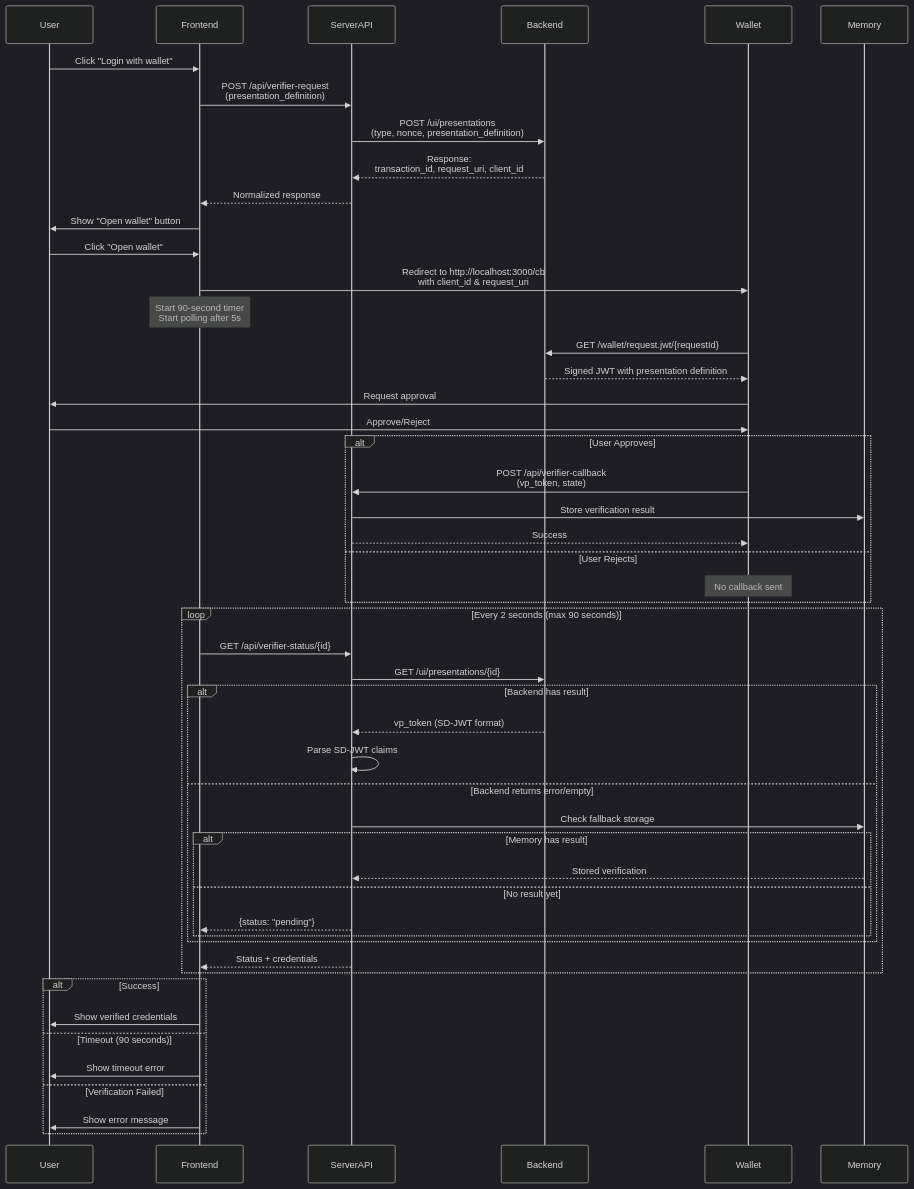
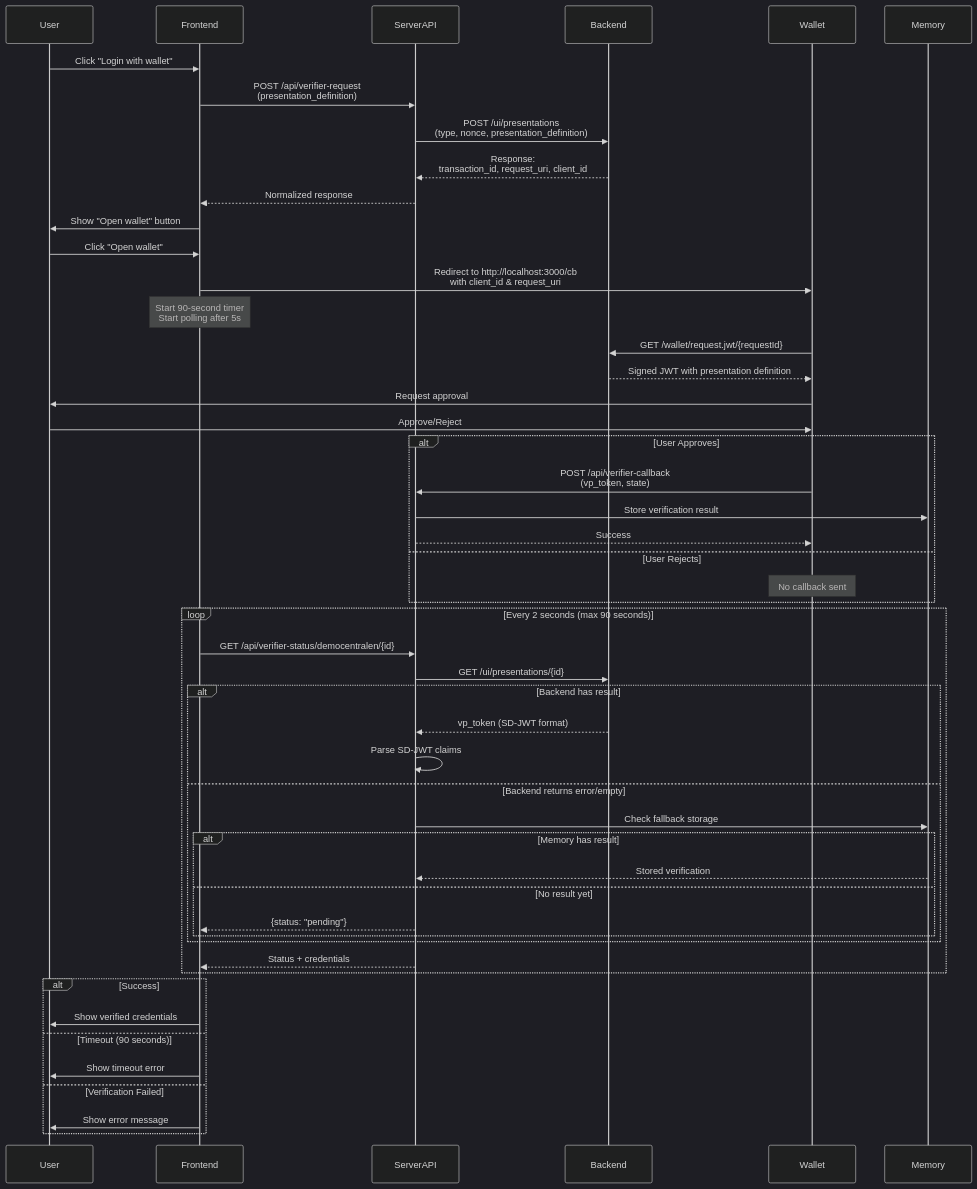
The second of 2 diagrams in README.md (diggsweden/wallet-verifier-test-web), drawn with Mermaid (dark theme) before and after one commit. The commit also changed other lines of this file and 1 other file, not shown here.

````diff
--- a/README.md
+++ b/README.md
@@ -60,62 +60,62 @@
 ```mermaid
 sequenceDiagram
     participant User
     participant Frontend
     participant ServerAPI
     participant Backend
     participant Wallet
     participant Memory
 
     User->>Frontend: Click "Login with wallet"
     Frontend->>ServerAPI: POST /api/verifier-request<br/>(presentation_definition)
     ServerAPI->>Backend: POST /ui/presentations<br/>(type, nonce, presentation_definition)
     Backend-->>ServerAPI: Response:<br/>transaction_id, request_uri, client_id
     ServerAPI-->>Frontend: Normalized response
     
     Frontend->>User: Show "Open wallet" button
     User->>Frontend: Click "Open wallet"
     Frontend->>Wallet: Redirect to http://localhost:3000/cb<br/>with client_id & request_uri
     
     Note over Frontend: Start 90-second timer<br/>Start polling after 5s
     
     Wallet->>Backend: GET /wallet/request.jwt/{requestId}
     Backend-->>Wallet: Signed JWT with presentation definition
     
     Wallet->>User: Request approval
     User->>Wallet: Approve/Reject
     
     alt User Approves
         Wallet->>ServerAPI: POST /api/verifier-callback<br/>(vp_token, state)
         ServerAPI->>Memory: Store verification result
         ServerAPI-->>Wallet: Success
     else User Rejects
         Note over Wallet: No callback sent
     end
     
     loop Every 2 seconds (max 90 seconds)
-        Frontend->>ServerAPI: GET /api/verifier-status/{id}
+        Frontend->>ServerAPI: GET /api/verifier-status/democentralen/{id}
         ServerAPI->>Backend: GET /ui/presentations/{id}
         
         alt Backend has result
             Backend-->>ServerAPI: vp_token (SD-JWT format)
             ServerAPI->>ServerAPI: Parse SD-JWT claims
         else Backend returns error/empty
             ServerAPI->>Memory: Check fallback storage
             alt Memory has result
                 Memory-->>ServerAPI: Stored verification
             else No result yet
                 ServerAPI-->>Frontend: {status: "pending"}
             end
         end
         
         ServerAPI-->>Frontend: Status + credentials
     end
     
     alt Success
         Frontend->>User: Show verified credentials
     else Timeout (90 seconds)
         Frontend->>User: Show timeout error
     else Verification Failed
         Frontend->>User: Show error message
     end
 ```
````
